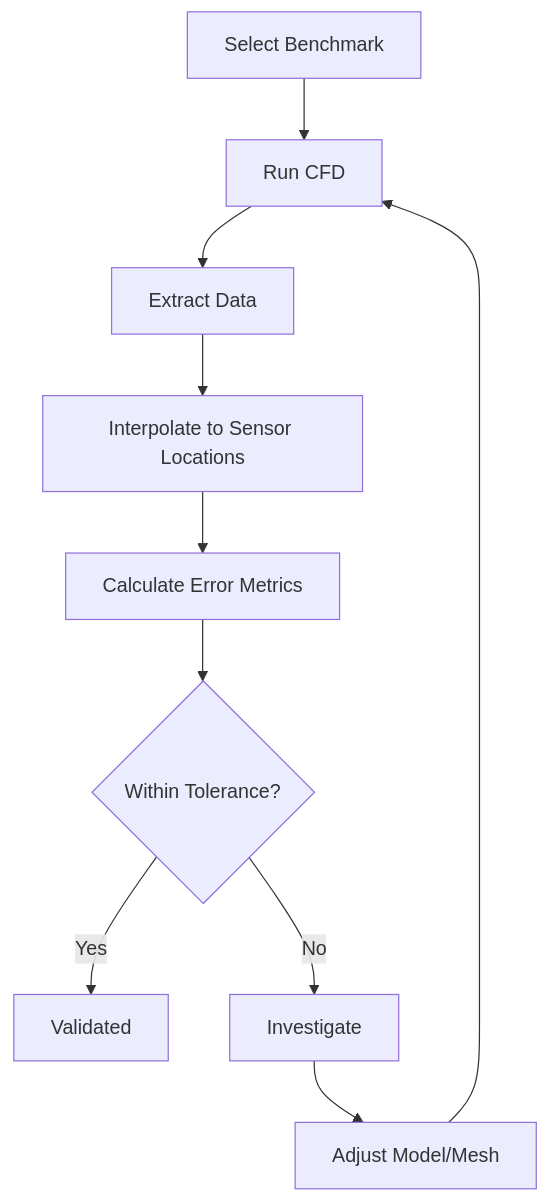
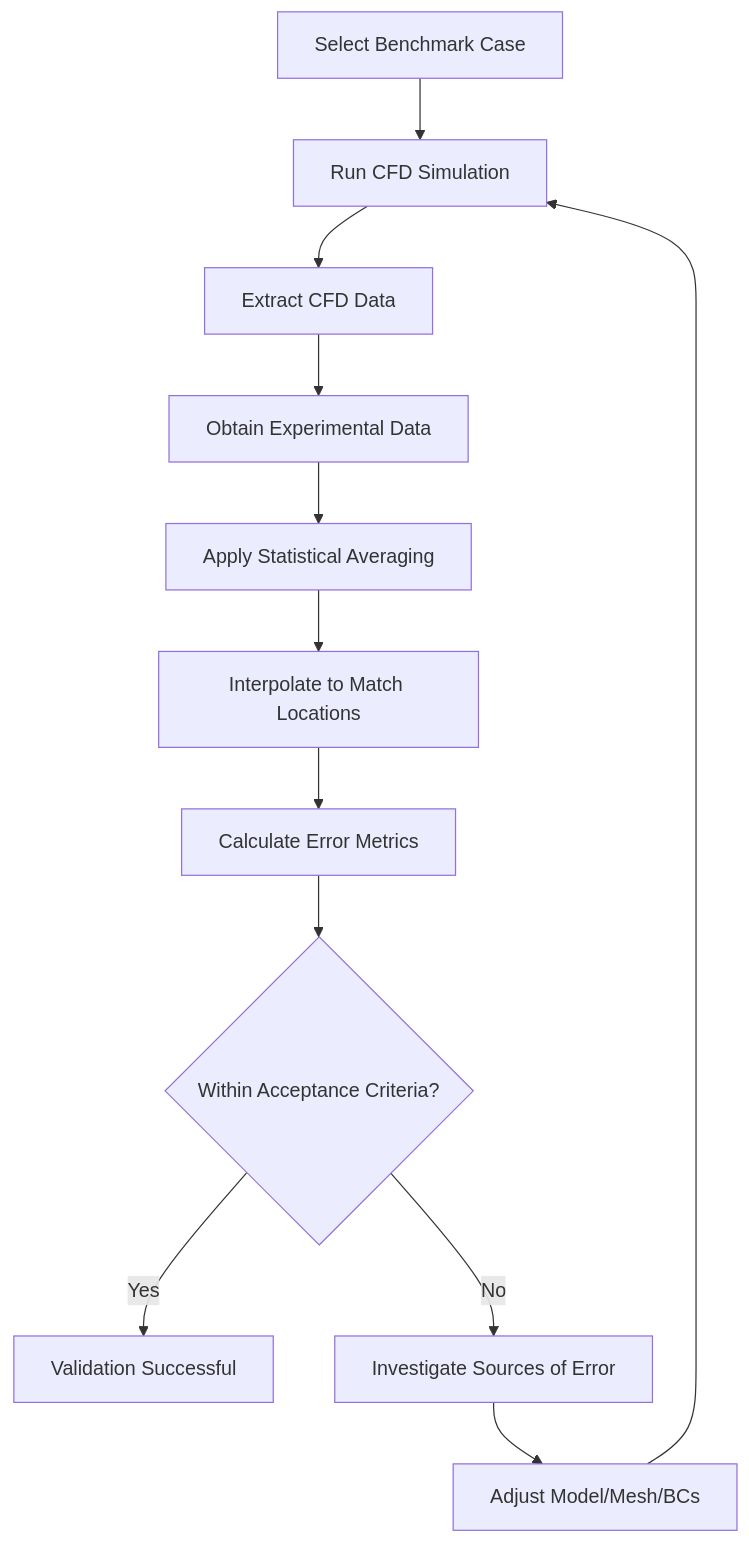
One commit to wramet/build-my-cfd changed the first of 3 diagrams in MODULE_03_SINGLE_PHASE_FLOW/CONTENT/06_VALIDATION_AND_VERIFICATION/03_Experimental_Validation.md. Above: the diagram before and after it, drawn with Mermaid. The commit also changed other lines of this file and 54 other files, not shown here.

````diff
--- a/MODULE_03_SINGLE_PHASE_FLOW/CONTENT/06_VALIDATION_AND_VERIFICATION/03_Experimental_Validation.md
+++ b/MODULE_03_SINGLE_PHASE_FLOW/CONTENT/06_VALIDATION_AND_VERIFICATION/03_Experimental_Validation.md
@@ -143,12 +83,14 @@
 ```mermaid
 flowchart TD
-    A[Select Benchmark] --> B[Run CFD]
-    B --> C[Extract Data]
-    C --> D[Interpolate to Sensor Locations]
-    D --> E[Calculate Error Metrics]
-    E --> F{Within Tolerance?}
-    F -->|Yes| G[Validated]
-    F -->|No| H[Investigate]
-    H --> I[Adjust Model/Mesh]
-    I --> B
+    A[Select Benchmark Case] --> B[Run CFD Simulation]
+    B --> C[Extract CFD Data]
+    C --> D[Obtain Experimental Data]
+    D --> E[Apply Statistical Averaging]
+    E --> F[Interpolate to Match Locations]
+    F --> G[Calculate Error Metrics]
+    G --> H{Within Acceptance Criteria?}
+    H -->|Yes| I[Validation Successful]
+    H -->|No| J[Investigate Sources of Error]
+    J --> K[Adjust Model/Mesh/BCs]
+    K --> B
 ```
````
